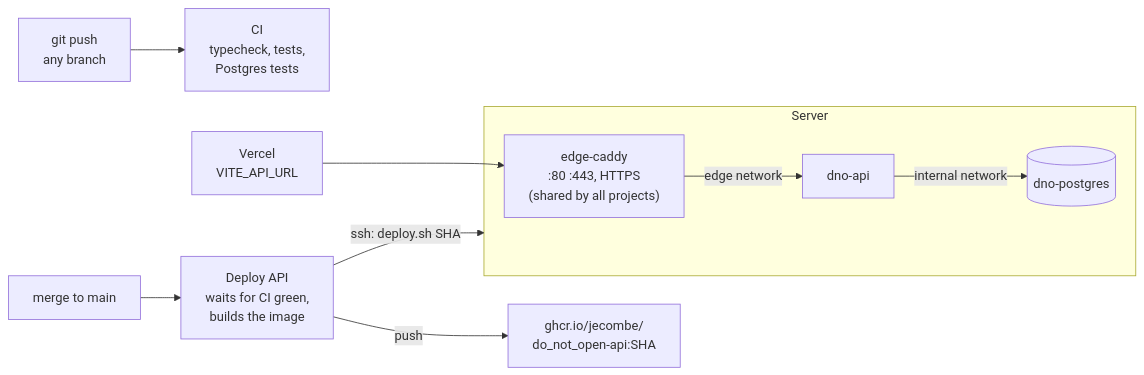
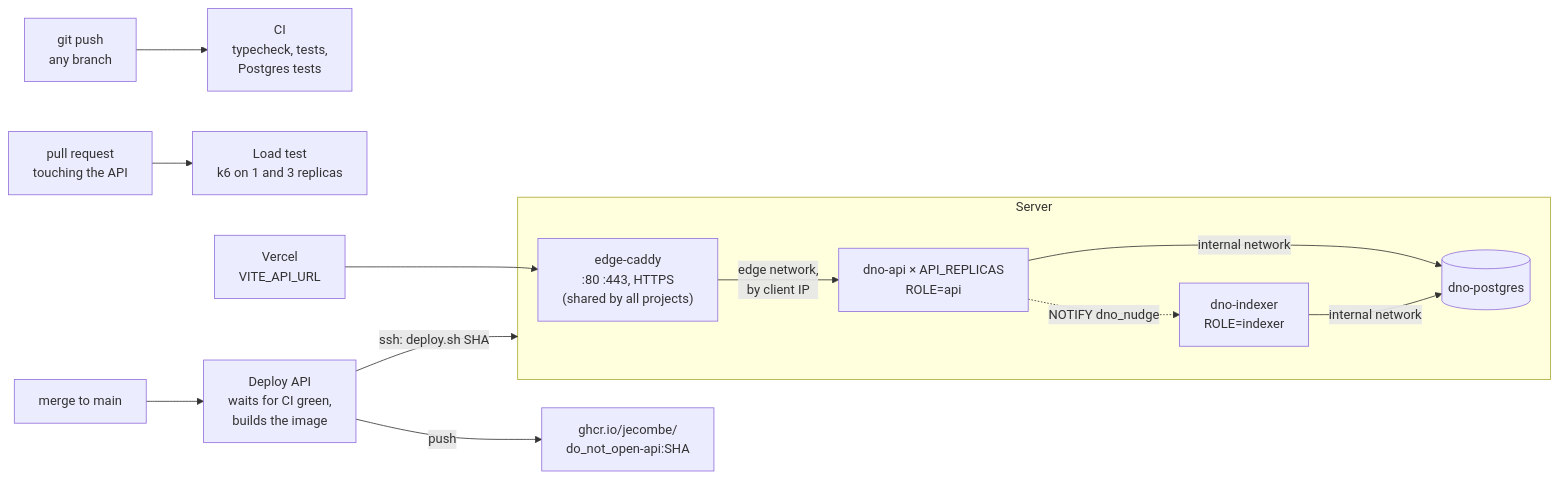
The diagram in deploy/README.md (jecombe/do_not_open), drawn with Mermaid before and after one commit. The commit also changed other lines of this file and 41 other files, not shown here.

Commit message:
Run the API as replicas behind Caddy with one indexer, share their state through Postgres, monitor each replica and load-test them with k6 on every API pull request

````diff
--- a/deploy/README.md
+++ b/deploy/README.md
@@ -7,12 +7,15 @@
 ```mermaid
 flowchart LR
   push["git push<br/>any branch"] --> ci["CI<br/>typecheck, tests,<br/>Postgres tests"]
+  pr["pull request<br/>touching the API"] --> lt["Load test<br/>k6 on 1 and 3 replicas"]
   merge["merge to main"] --> wf["Deploy API<br/>waits for CI green,<br/>builds the image"]
   wf -- "push" --> ghcr["ghcr.io/jecombe/<br/>do_not_open-api:SHA"]
   wf -- "ssh: deploy.sh SHA" --> server
   subgraph server["Server"]
-    edge["edge-caddy<br/>:80 :443, HTTPS<br/>(shared by all projects)"] -- "edge network" --> api["dno-api"]
+    edge["edge-caddy<br/>:80 :443, HTTPS<br/>(shared by all projects)"] -- "edge network,<br/>by client IP" --> api["dno-api × API_REPLICAS<br/>ROLE=api"]
     api -- "internal network" --> pg[(dno-postgres)]
+    indexer["dno-indexer<br/>ROLE=indexer"] -- "internal network" --> pg
+    api -. "NOTIFY dno_nudge" .-> indexer
   end
   vercel["Vercel<br/>VITE_API_URL"] --> edge
 ```
````
